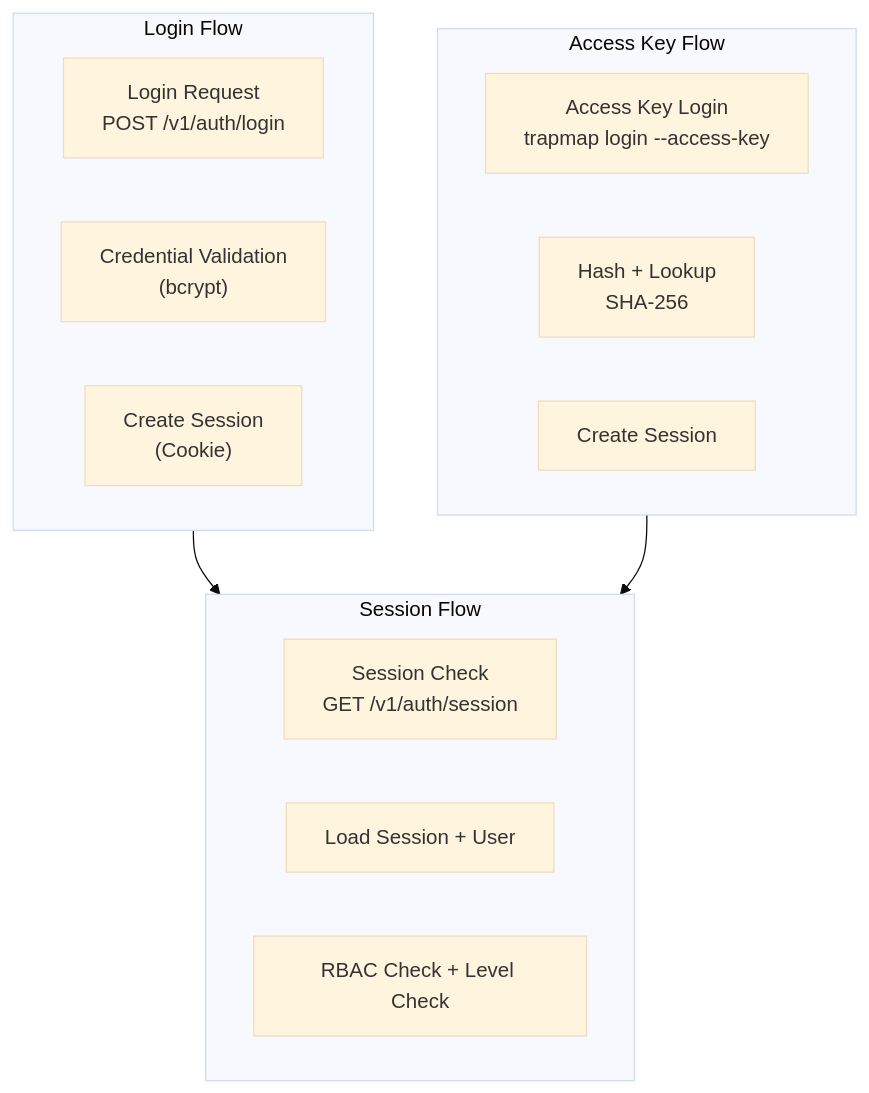
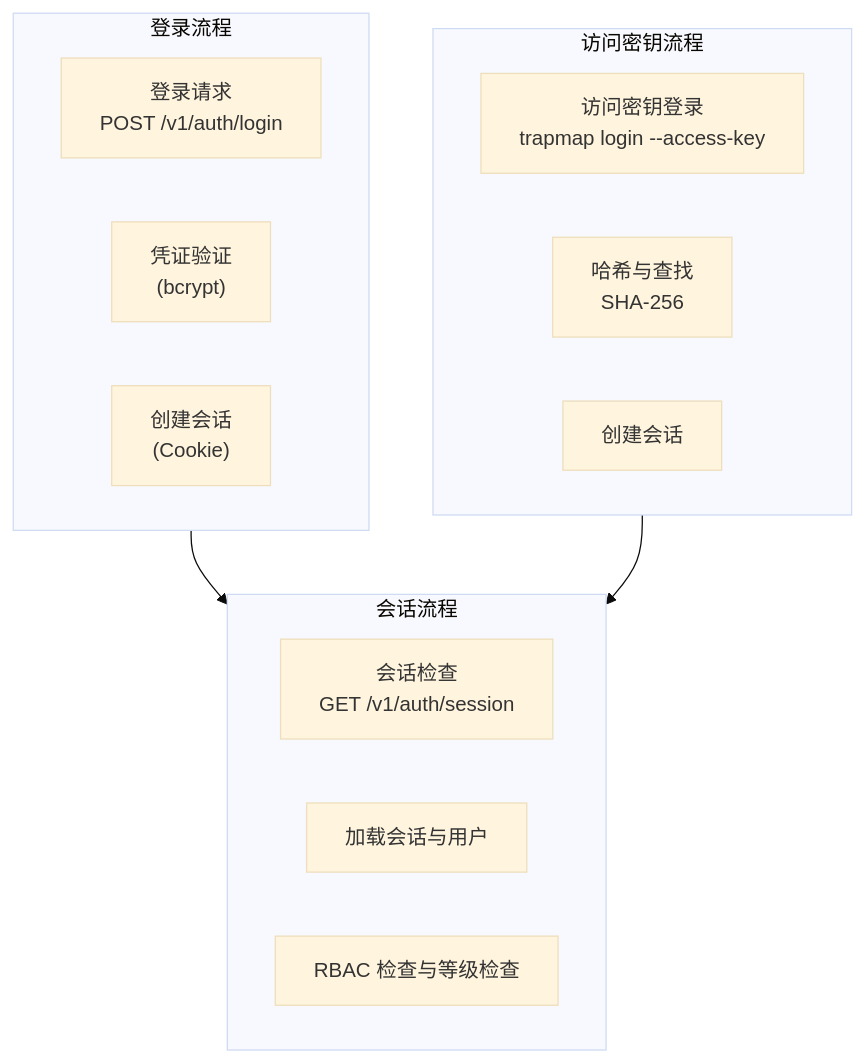
One commit to pofossette/TrapMap-for-vibing changed the first of 2 diagrams in docs/architecture/components/AUTH.md. Above: the diagram before and after it, drawn with Mermaid (base theme). The commit also changed other lines of this file and 11 other files, not shown here.

First line of the commit message:
docs: 转换 ASCII 框图为 Mermaid flowchart tb + subgraph，翻译已有 Mermaid 图表为简体中文

````diff
--- a/docs/architecture/components/AUTH.md
+++ b/docs/architecture/components/AUTH.md
@@ -9,23 +9,23 @@
 ```mermaid
 flowchart TB
-    subgraph LoginFlow["Login Flow"]
-        A1["Login Request\nPOST /v1/auth/login"]
-        A2["Credential Validation\n(bcrypt)"]
-        A3["Create Session\n(Cookie)"]
+    subgraph LoginFlow["登录流程"]
+        A1["登录请求\nPOST /v1/auth/login"]
+        A2["凭证验证\n(bcrypt)"]
+        A3["创建会话\n(Cookie)"]
     end
 
-    subgraph SessionFlow["Session Flow"]
-        B1["Session Check\nGET /v1/auth/session"]
-        B2["Load Session + User"]
-        B3["RBAC Check + Level Check"]
+    subgraph SessionFlow["会话流程"]
+        B1["会话检查\nGET /v1/auth/session"]
+        B2["加载会话与用户"]
+        B3["RBAC 检查与等级检查"]
     end
 
-    subgraph AccessKeyFlow["Access Key Flow"]
-        C1["Access Key Login\ntrapmap login --access-key"]
-        C2["Hash + Lookup\nSHA-256"]
-        C3["Create Session"]
+    subgraph AccessKeyFlow["访问密钥流程"]
+        C1["访问密钥登录\ntrapmap login --access-key"]
+        C2["哈希与查找\nSHA-256"]
+        C3["创建会话"]
     end
 
     LoginFlow --> SessionFlow
     AccessKeyFlow --> SessionFlow
 ```
````
